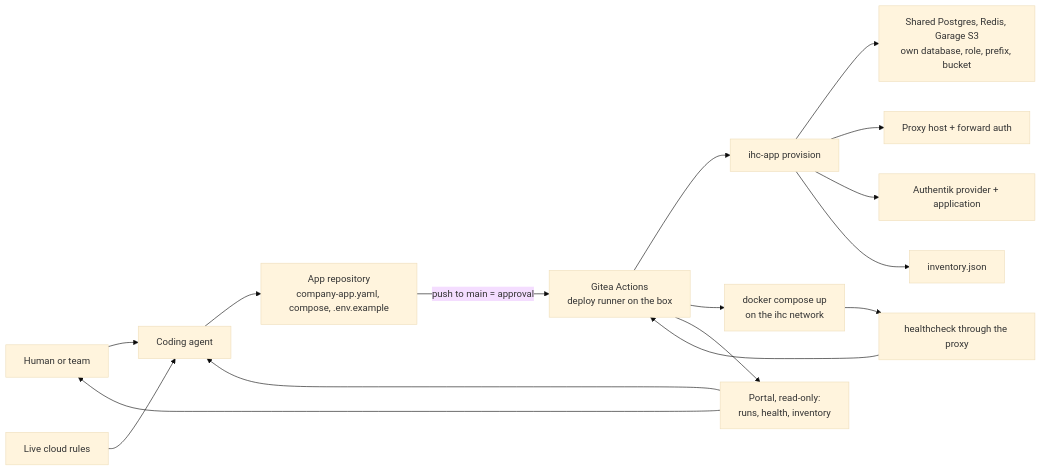
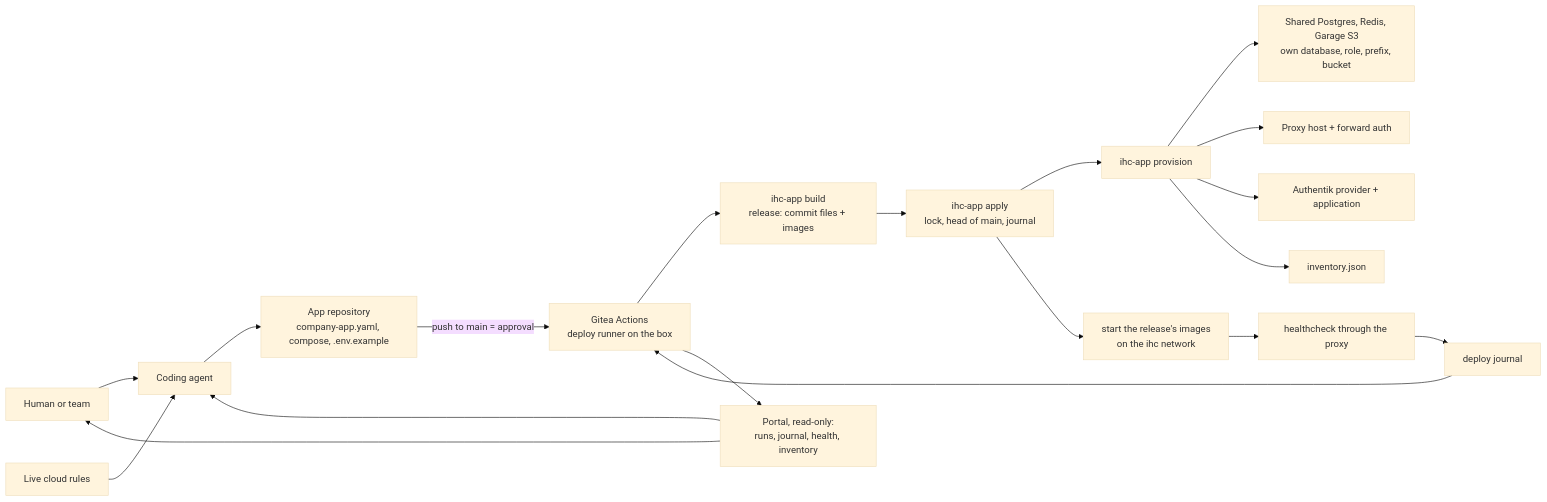
The diagram in docs/deploy-loop.md (Estoca/inhousecloud), drawn with Mermaid (base theme) before and after one commit. The commit also changed other lines of this file and 23 other files, not shown here.

````diff
--- a/docs/deploy-loop.md
+++ b/docs/deploy-loop.md
@@ -7,20 +7,23 @@
 ```mermaid
 flowchart LR
   Human[Human or team] --> Agent[Coding agent]
   Agent --> AppRepo[App repository<br/>company-app.yaml, compose, .env.example]
   Rules[Live cloud rules] --> Agent
 
   AppRepo -->|push to main = approval| Actions[Gitea Actions<br/>deploy runner on the box]
-  Actions --> Provision[ihc-app provision]
+  Actions --> Build[ihc-app build<br/>release: commit files + images]
+  Build --> Apply[ihc-app apply<br/>lock, head of main, journal]
+  Apply --> Provision[ihc-app provision]
   Provision --> Services[Shared Postgres, Redis, Garage S3<br/>own database, role, prefix, bucket]
   Provision --> Proxy[Proxy host + forward auth]
   Provision --> Auth[Authentik provider + application]
   Provision --> Inventory[inventory.json]
-  Actions --> Docker[docker compose up<br/>on the ihc network]
+  Apply --> Docker[start the release's images<br/>on the ihc network]
   Docker --> Health[healthcheck through the proxy]
-  Health --> Actions
+  Health --> Journal[deploy journal]
+  Journal --> Actions
 
-  Actions --> Portal[Portal, read-only:<br/>runs, health, inventory]
+  Actions --> Portal[Portal, read-only:<br/>runs, journal, health, inventory]
   Portal --> Human
   Portal --> Agent
 ```
````
